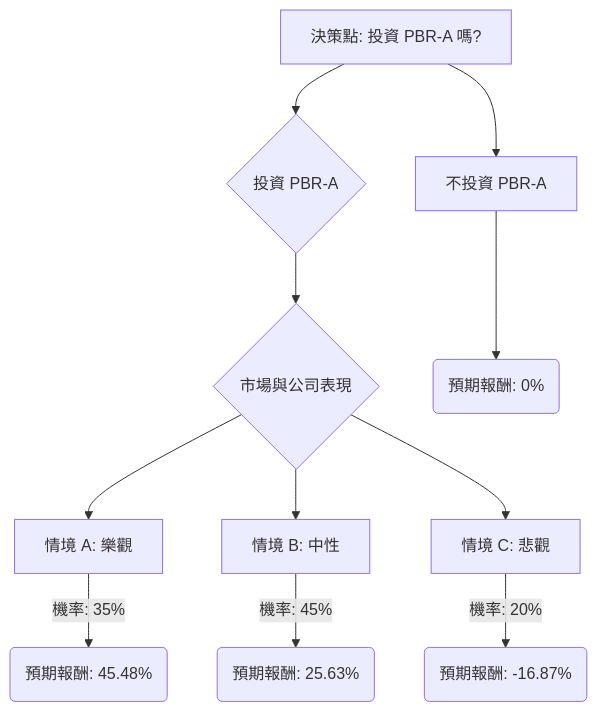
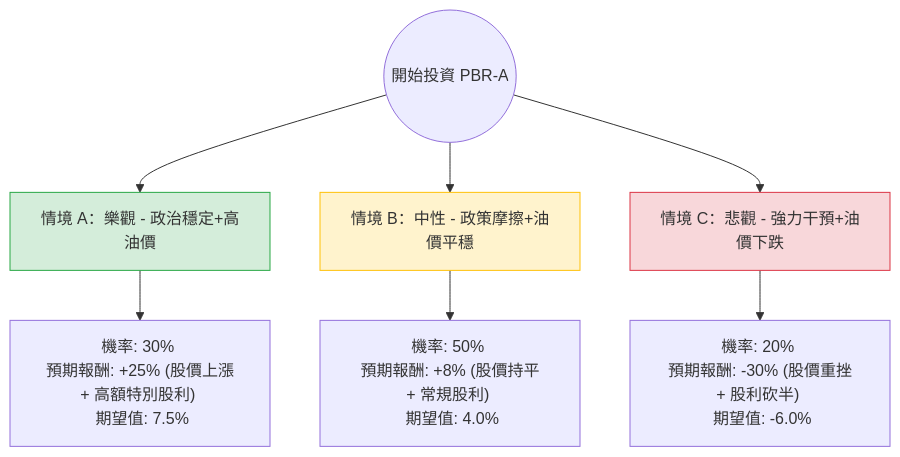
Before and after one commit to zmcx16/zmcx16.github.io: the diagram in plugin-react/ai-analysis/ev-analysis/PBR-A.md, drawn with Mermaid. The commit also changed other lines of this file and 95 other files, not shown here.

````diff
--- a/plugin-react/ai-analysis/ev-analysis/PBR-A.md
+++ b/plugin-react/ai-analysis/ev-analysis/PBR-A.md
@@ -22,18 +19,14 @@
 ```mermaid
 graph TD
-    A[決策點: 投資 PBR-A 嗎?] --> B{投資 PBR-A}
-    A --> C[不投資 PBR-A]
+    Start((開始投資 PBR-A)) --> Bull[情境 A：樂觀 - 政治穩定+高油價]
+    Start --> Base[情境 B：中性 - 政策摩擦+油價平穩]
+    Start --> Bear[情境 C：悲觀 - 強力干預+油價下跌]
 
-    B --> D{市場與公司表現}
+    Bull --> Bull_EV["機率: 30% <br/> 預期報酬: +25% (股價上漲 + 高額特別股利) <br/> 期望值: 7.5%"]
+    Base --> Base_EV["機率: 50% <br/> 預期報酬: +8% (股價持平 + 常規股利) <br/> 期望值: 4.0%"]
+    Bear --> Bear_EV["機率: 20% <br/> 預期報酬: -30% (股價重挫 + 股利砍半) <br/> 期望值: -6.0%"]
 
-    D --> D1[情境 A: 樂觀]
-    D1 -- 機率: 35% --> D1_O(預期報酬: 45.48%)
-
-    D --> D2[情境 B: 中性]
-    D2 -- 機率: 45% --> D2_O(預期報酬: 25.63%)
-
-    D --> D3[情境 C: 悲觀]
-    D3 -- 機率: 20% --> D3_O(預期報酬: -16.87%)
-
-    C --> C_O(預期報酬: 0%)
+    style Bull fill:#d4edda,stroke:#28a745
+    style Base fill:#fff3cd,stroke:#ffc107
+    style Bear fill:#f8d7da,stroke:#dc3545
 ```
````
